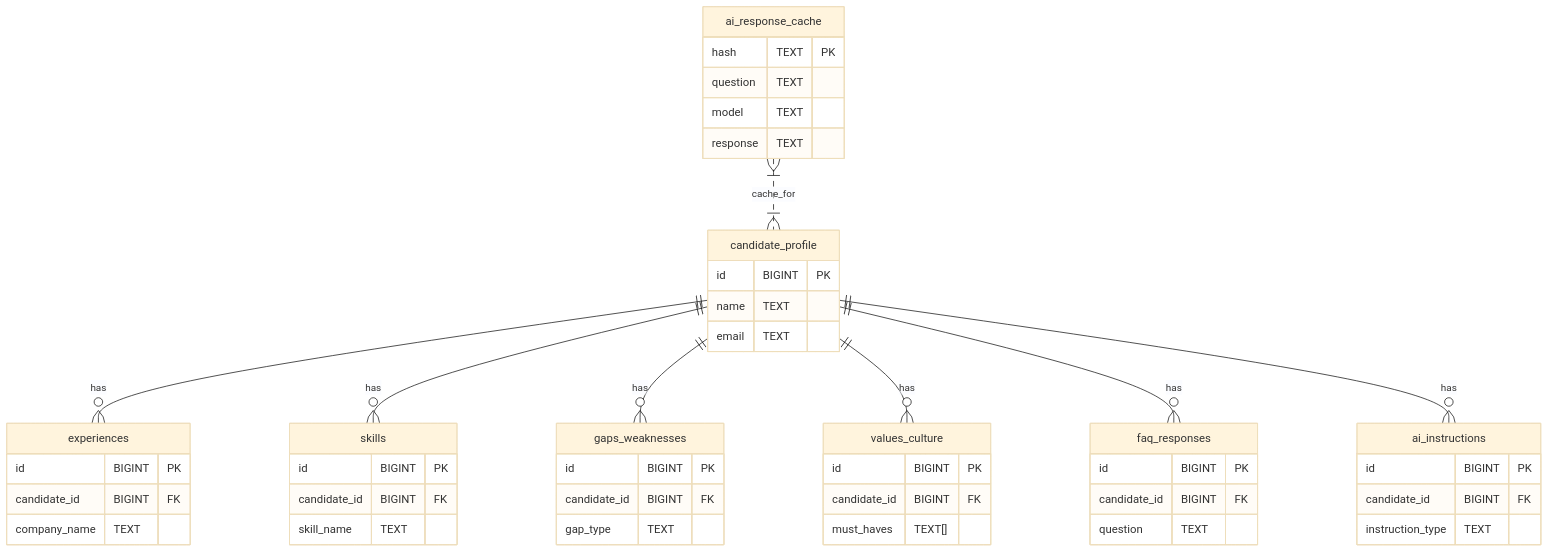
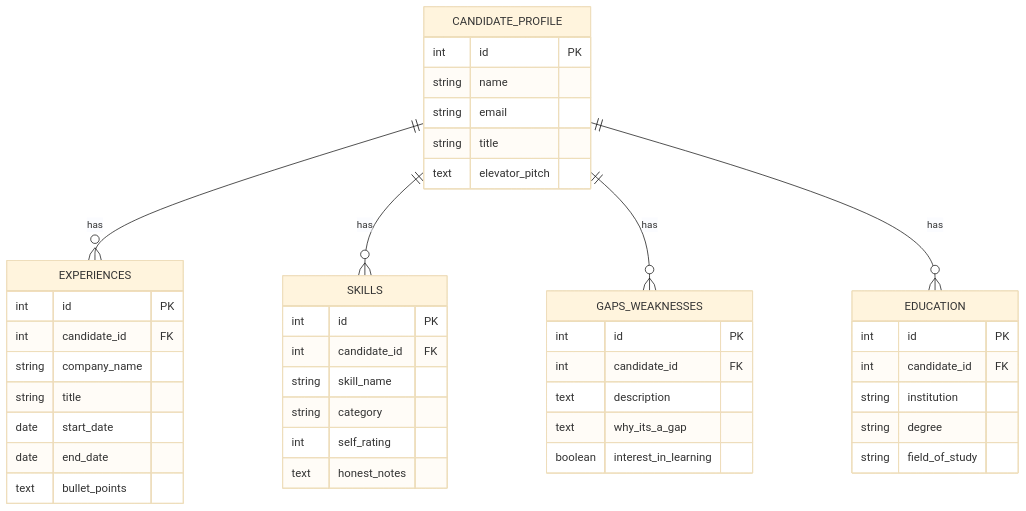
Before and after one commit to devgoon/me: the third of 3 diagrams in README.md, drawn with Mermaid (base theme). The commit also changed other lines of this file and 3 other files, not shown here.

`````diff
--- a/README.md
+++ b/README.md
@@ -264,60 +134,46 @@
-````mermaid
+```mermaid
 erDiagram
-  candidate_profile ||--o{ experiences : has
-  candidate_profile ||--o{ skills : has
-  candidate_profile ||--o{ gaps_weaknesses : has
-  candidate_profile ||--o{ values_culture : has
-  candidate_profile ||--o{ faq_responses : has
-  candidate_profile ||--o{ ai_instructions : has
-  ai_response_cache }|..|{ candidate_profile : cache_for
+  CANDIDATE_PROFILE {
+    int id PK
+    string name
+    string email
+    string title
+    text elevator_pitch
+  }
+  EXPERIENCES {
+    int id PK
+    int candidate_id FK
+    string company_name
+    string title
+    date start_date
+    date end_date
+    text bullet_points
+  }
+  SKILLS {
+    int id PK
+    int candidate_id FK
+    string skill_name
+    string category
+    int self_rating
+    text honest_notes
+  }
+  GAPS_WEAKNESSES {
+    int id PK
+    int candidate_id FK
+    text description
+    text why_its_a_gap
+    boolean interest_in_learning
+  }
+  EDUCATION {
+    int id PK
+    int candidate_id FK
+    string institution
+    string degree
+    string field_of_study
+  }
 
-  candidate_profile {
-    id BIGINT PK
-    name TEXT
-    email TEXT
-    %% additional fields omitted
-  }
-  experiences {
-    id BIGINT PK
-    candidate_id BIGINT FK
-    company_name TEXT
-    %% additional fields omitted
-  }
-  skills {
-    id BIGINT PK
-    candidate_id BIGINT FK
-    skill_name TEXT
-    %% additional fields omitted
-  }
-  gaps_weaknesses {
-    id BIGINT PK
-    candidate_id BIGINT FK
-    gap_type TEXT
-    %% additional fields omitted
-  }
-  values_culture {
-    id BIGINT PK
-    candidate_id BIGINT FK
-    must_haves TEXT[]
-    %% additional fields omitted
-  }
-  faq_responses {
-    id BIGINT PK
-    candidate_id BIGINT FK
-    question TEXT
-    %% additional fields omitted
-  }
-  ai_instructions {
-    id BIGINT PK
-    candidate_id BIGINT FK
-    instruction_type TEXT
-    %% additional fields omitted
-  }
-  ai_response_cache {
-    hash TEXT PK
-    question TEXT
-    model TEXT
-    response TEXT
-    %% additional fields omitted
-  }
-````
+  CANDIDATE_PROFILE ||--o{ EXPERIENCES: has
+  CANDIDATE_PROFILE ||--o{ SKILLS: has
+  CANDIDATE_PROFILE ||--o{ GAPS_WEAKNESSES: has
+  CANDIDATE_PROFILE ||--o{ EDUCATION: has
+```
`````
